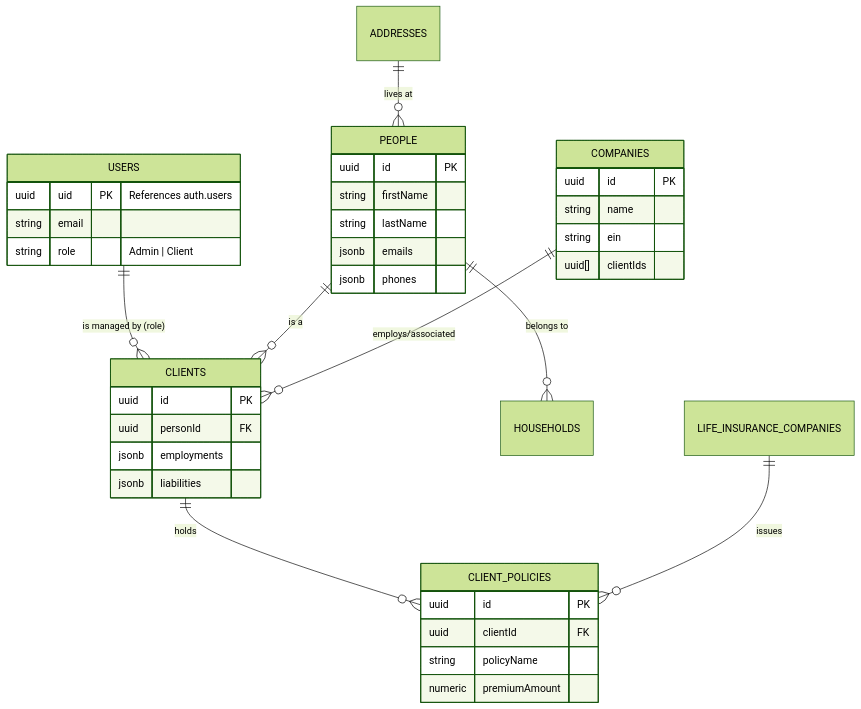
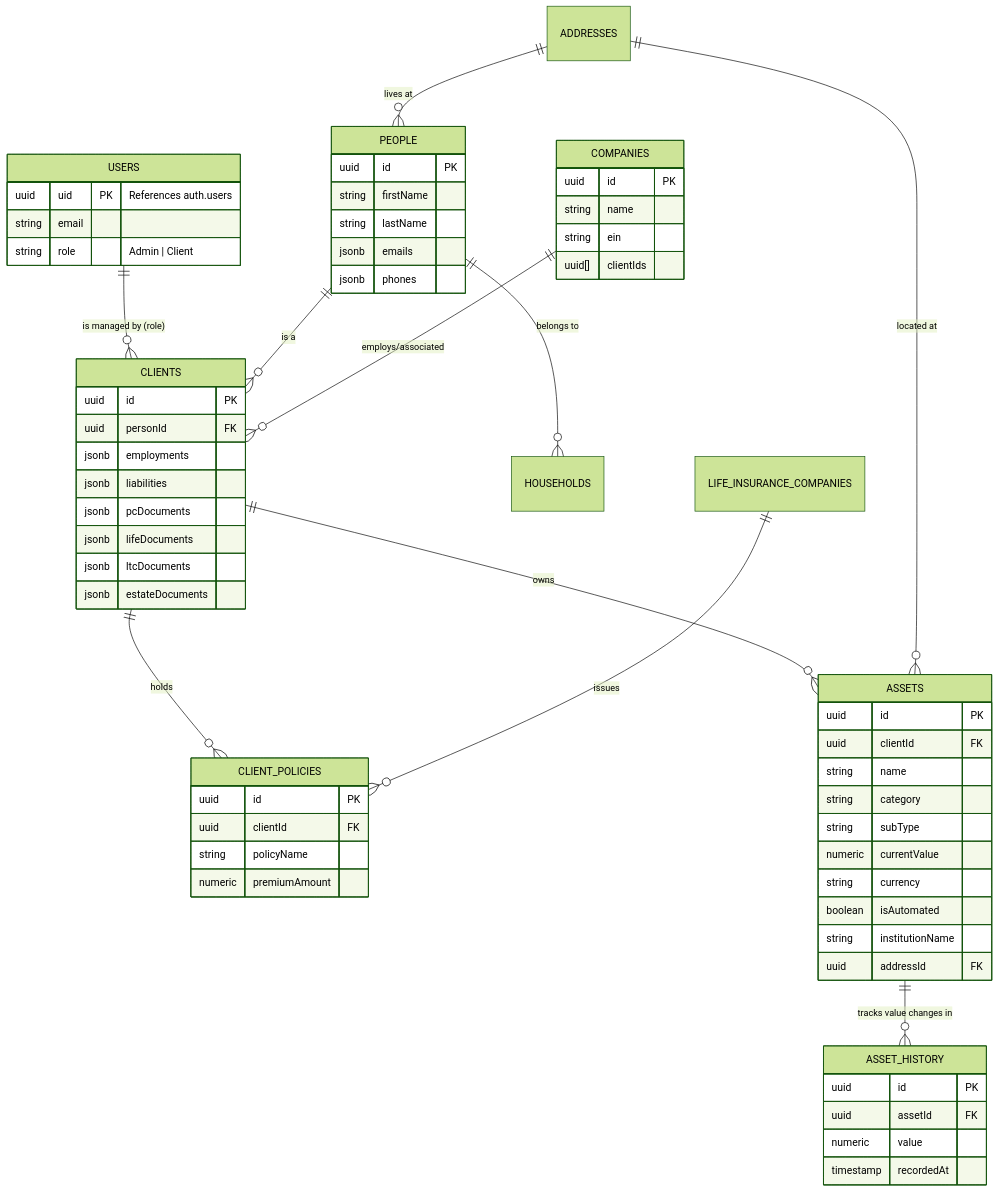
One commit to bereanadvisorgroup/prestige-box changed the diagram in docs/database.md. Above: the diagram before and after it, drawn with Mermaid (forest theme). The commit also changed other lines of this file and 4 other files, not shown here.

````diff
--- a/docs/database.md
+++ b/docs/database.md
@@ -9,41 +9,66 @@
 ```mermaid
 erDiagram
     USERS ||--o{ CLIENTS : "is managed by (role)"
     PEOPLE ||--o{ CLIENTS : "is a"
     PEOPLE ||--o{ HOUSEHOLDS : "belongs to"
     ADDRESSES ||--o{ PEOPLE : "lives at"
     COMPANIES ||--o{ CLIENTS : "employs/associated"
     CLIENTS ||--o{ CLIENT_POLICIES : "holds"
     LIFE_INSURANCE_COMPANIES ||--o{ CLIENT_POLICIES : "issues"
+    CLIENTS ||--o{ ASSETS : "owns"
+    ADDRESSES ||--o{ ASSETS : "located at"
+    ASSETS ||--o{ ASSET_HISTORY : "tracks value changes in"
     
     USERS {
         uuid uid PK "References auth.users"
         string email
         string role "Admin | Client"
     }
     PEOPLE {
         uuid id PK
         string firstName
         string lastName
         jsonb emails
         jsonb phones
     }
     CLIENTS {
         uuid id PK
         uuid personId FK
         jsonb employments
         jsonb liabilities
+        jsonb pcDocuments
+        jsonb lifeDocuments
+        jsonb ltcDocuments
+        jsonb estateDocuments
     }
     COMPANIES {
         uuid id PK
         string name
         string ein
         uuid[] clientIds
     }
     CLIENT_POLICIES {
         uuid id PK
         uuid clientId FK
         string policyName
         numeric premiumAmount
     }
+    ASSETS {
+        uuid id PK
+        uuid clientId FK
+        string name
+        string category
+        string subType
+        numeric currentValue
+        string currency
+        boolean isAutomated
+        string institutionName
+        uuid addressId FK
+    }
+    ASSET_HISTORY {
+        uuid id PK
+        uuid assetId FK
+        numeric value
+        timestamp recordedAt
+    }
 ```
````
